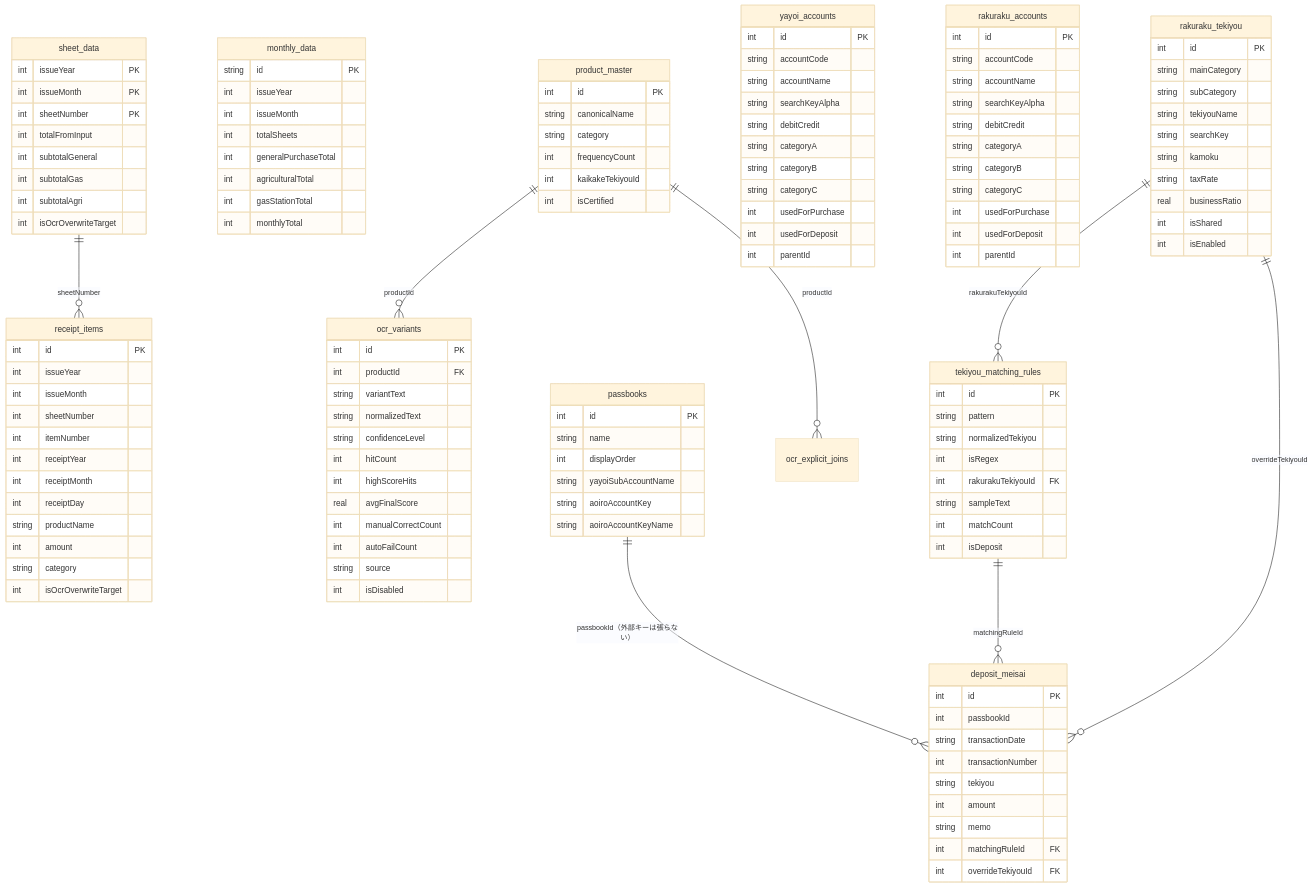
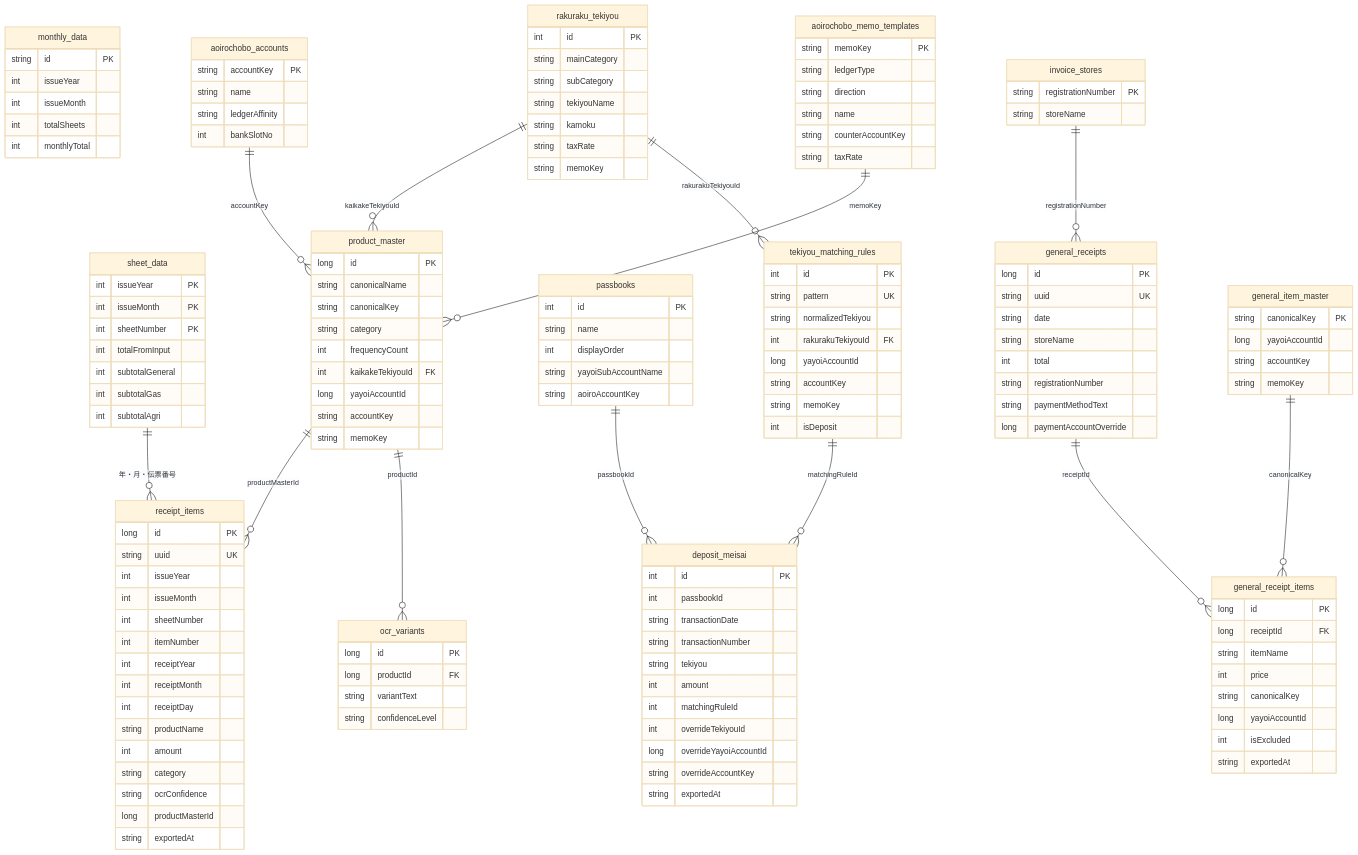
Before and after one commit to toshi859sti/ReceiptOCR: the second of 2 diagrams in docs/functional-design.md, drawn with Mermaid (base theme). The commit also changed other lines of this file and 1 other file, not shown here.

First line of the commit message:
Bring functional-design.md and ARCHITECTURE.md up to date

````diff
--- a/docs/functional-design.md
+++ b/docs/functional-design.md
@@ -54,10 +98,10 @@
         int subtotalGeneral
         int subtotalGas
         int subtotalAgri
-        int isOcrOverwriteTarget
     }
     receipt_items {
-        int id PK
+        long id PK
+        string uuid UK
         int issueYear
         int issueMonth
         int sheetNumber
@@ -68,77 +112,42 @@
         string productName
         int amount
         string category
-        int isOcrOverwriteTarget
+        string ocrConfidence
+        long productMasterId
+        string exportedAt
     }
     monthly_data {
         string id PK
         int issueYear
         int issueMonth
         int totalSheets
-        int generalPurchaseTotal
-        int agriculturalTotal
-        int gasStationTotal
         int monthlyTotal
     }
     product_master {
-        int id PK
+        long id PK
         string canonicalName
+        string canonicalKey
         string category
         int frequencyCount
-        int kaikakeTekiyouId
-        int isCertified
+        int kaikakeTekiyouId FK
+        long yayoiAccountId
+        string accountKey
+        string memoKey
     }
     ocr_variants {
-        int id PK
-        int productId FK
+        long id PK
+        long productId FK
         string variantText
-        string normalizedText
         string confidenceLevel
-        int hitCount
-        int highScoreHits
-        real avgFinalScore
-        int manualCorrectCount
-        int autoFailCount
-        string source
-        int isDisabled
-    }
-    yayoi_accounts {
-        int id PK
-        string accountCode
-        string accountName
-        string searchKeyAlpha
-        string debitCredit
-        string categoryA
-        string categoryB
-        string categoryC
-        int usedForPurchase
-        int usedForDeposit
-        int parentId
-    }
-    rakuraku_accounts {
-        int id PK
-        string accountCode
-        string accountName
-        string searchKeyAlpha
-        string debitCredit
-        string categoryA
-        string categoryB
-        string categoryC
-        int usedForPurchase
-        int usedForDeposit
-        int parentId
     }
     rakuraku_tekiyou {
         int id PK
         string mainCategory
         string subCategory
         string tekiyouName
-        string searchKey
         string kamoku
         string taxRate
-        real businessRatio
-        int isShared
-        int isEnabled
+        string memoKey
     }
     passbooks {
         int id PK
@@ -146,34 +155,85 @@
         int displayOrder
         string yayoiSubAccountName
         string aoiroAccountKey
-        string aoiroAccountKeyName
     }
     deposit_meisai {
         int id PK
         int passbookId
         string transactionDate
-        int transactionNumber
+        string transactionNumber
         string tekiyou
         int amount
-        string memo
-        int matchingRuleId FK
-        int overrideTekiyouId FK
+        int matchingRuleId
+        int overrideTekiyouId
+        long overrideYayoiAccountId
+        string overrideAccountKey
+        string exportedAt
     }
     tekiyou_matching_rules {
         int id PK
-        string pattern
+        string pattern UK
         string normalizedTekiyou
-        int isRegex
         int rakurakuTekiyouId FK
-        string sampleText
-        int matchCount
+        long yayoiAccountId
+        string accountKey
+        string memoKey
         int isDeposit
     }
-    sheet_data ||--o{ receipt_items : "sheetNumber"
+    general_receipts {
+        long id PK
+        string uuid UK
+        string date
+        string storeName
+        int total
+        string registrationNumber
+        string paymentMethodText
+        long paymentAccountOverride
+    }
+    general_receipt_items {
+        long id PK
+        long receiptId FK
+        string itemName
+        int price
+        string canonicalKey
+        long yayoiAccountId
+        int isExcluded
+        string exportedAt
+    }
+    general_item_master {
+        string canonicalKey PK
+        long yayoiAccountId
+        string accountKey
+        string memoKey
+    }
+    invoice_stores {
+        string registrationNumber PK
+        string storeName
+    }
+    aoirochobo_accounts {
+        string accountKey PK
+        string name
+        string ledgerAffinity
+        int bankSlotNo
+    }
+    aoirochobo_memo_templates {
+        string memoKey PK
+        string ledgerType
+        string direction
+        string name
+        string counterAccountKey
+        string taxRate
+    }
+
+    sheet_data ||--o{ receipt_items : "年・月・伝票番号"
+    product_master ||--o{ receipt_items : "productMasterId"
     product_master ||--o{ ocr_variants : "productId"
-    product_master ||--o{ ocr_explicit_joins : "productId"
+    rakuraku_tekiyou ||--o{ product_master : "kaikakeTekiyouId"
     rakuraku_tekiyou ||--o{ tekiyou_matching_rules : "rakurakuTekiyouId"
     tekiyou_matching_rules ||--o{ deposit_meisai : "matchingRuleId"
-    rakuraku_tekiyou ||--o{ deposit_meisai : "overrideTekiyouId"
-    passbooks ||--o{ deposit_meisai : "passbookId（外部キーは張らない）"
+    passbooks ||--o{ deposit_meisai : "passbookId"
+    general_receipts ||--o{ general_receipt_items : "receiptId"
+    general_item_master ||--o{ general_receipt_items : "canonicalKey"
+    invoice_stores ||--o{ general_receipts : "registrationNumber"
+    aoirochobo_accounts ||--o{ product_master : "accountKey"
+    aoirochobo_memo_templates ||--o{ product_master : "memoKey"
 ```
````
